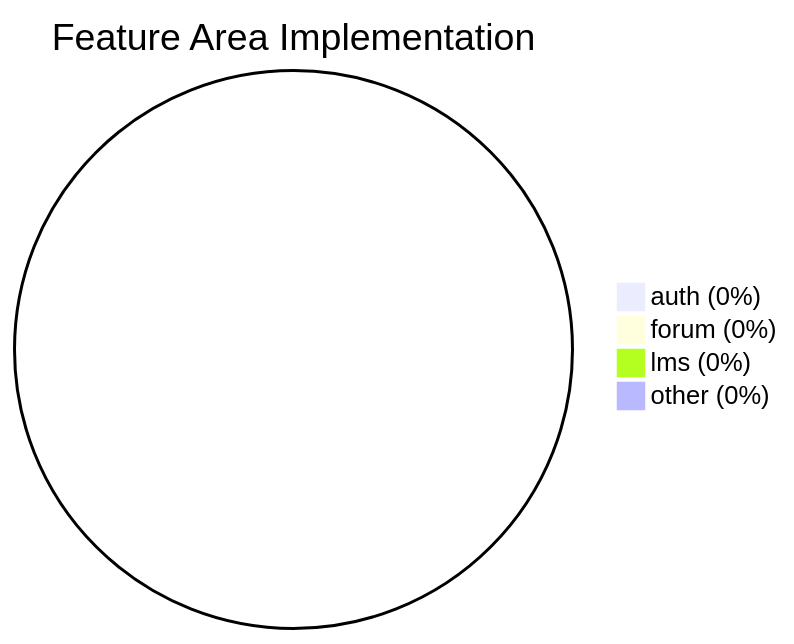
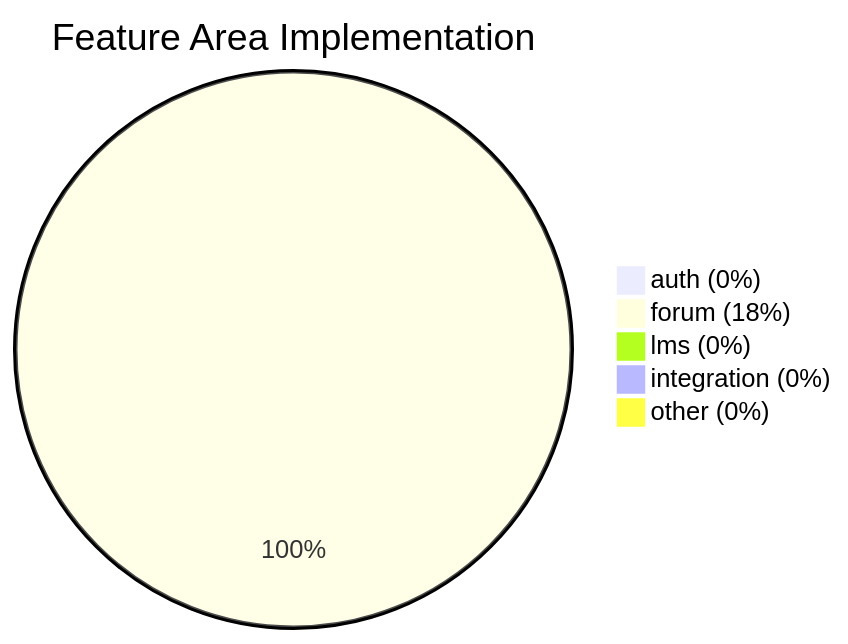
The first of 3 diagrams in docs/feature_coverage_map.md (ordokr/LMS), drawn with Mermaid before and after one commit. The commit also changed other lines of this file and 52 other files, not shown here.

````diff
--- a/docs/feature_coverage_map.md
+++ b/docs/feature_coverage_map.md
@@ -7,7 +7,8 @@
 ```mermaid
 pie title Feature Area Implementation
     "auth (0%)" : 0
-    "forum (0%)" : 0
+    "forum (18%)" : 7
     "lms (0%)" : 0
+    "integration (0%)" : 0
     "other (0%)" : 0
 ```
````
